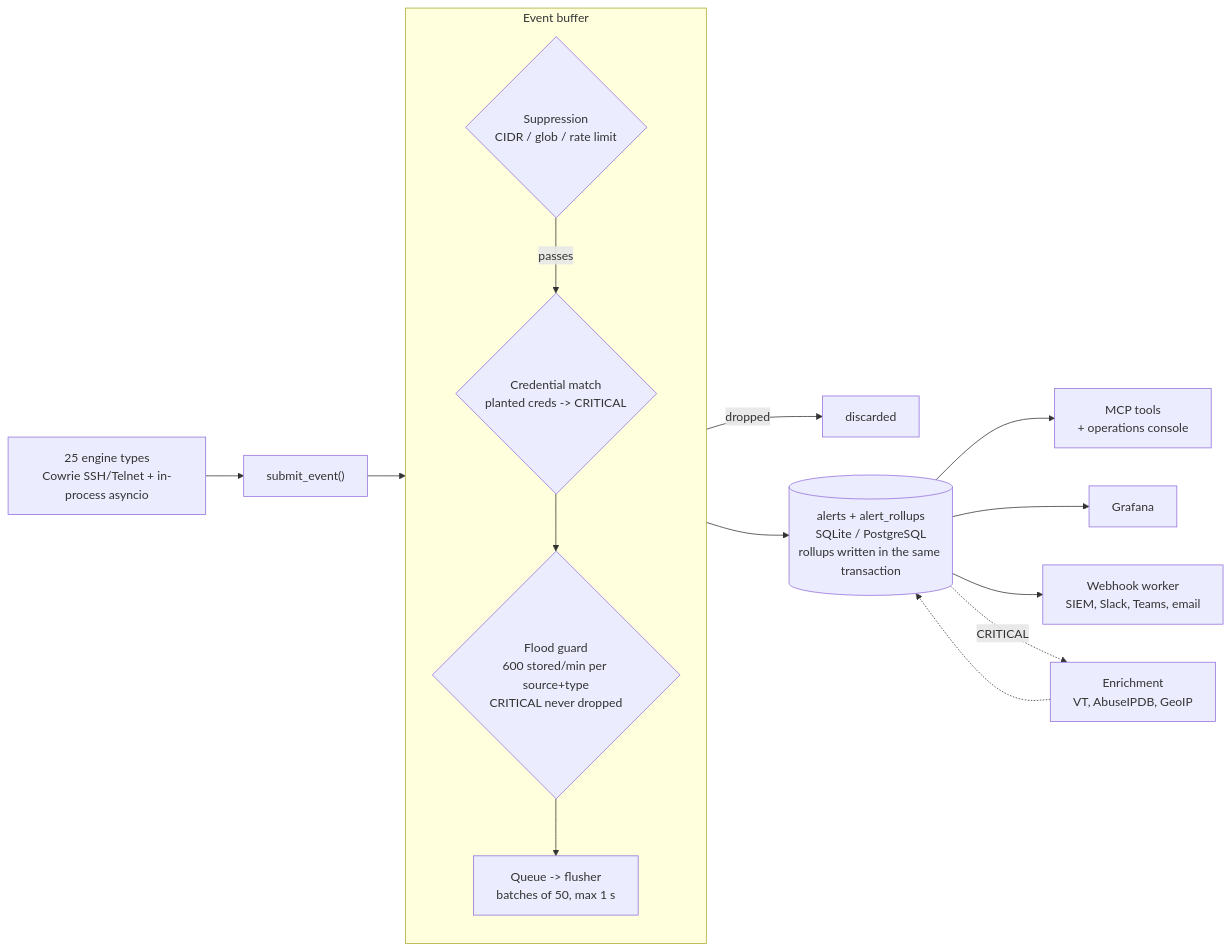
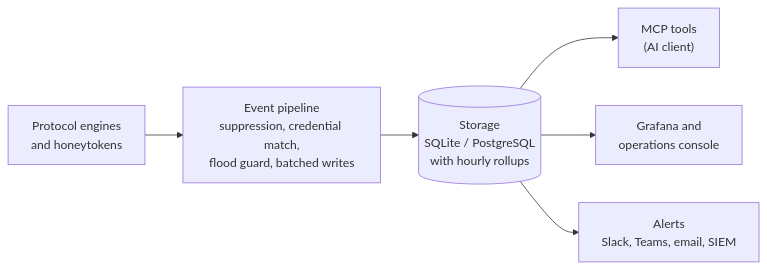
Before and after one commit to tohudgins/HoneyPot-MCP: the diagram in README.md, drawn with Mermaid. The commit also changed other lines of this file and 39 other files, not shown here.

````diff
--- a/README.md
+++ b/README.md
@@ -42,17 +36,8 @@
 ```mermaid
 flowchart LR
-    ENG["25 engine types<br/>Cowrie SSH/Telnet + in-process asyncio"] --> SUB["submit_event()"]
-    subgraph BUF["Event buffer"]
-        direction TB
-        SUP{"Suppression<br/>CIDR / glob / rate limit"} -->|passes| CM{"Credential match<br/>planted creds -> CRITICAL"}
-        CM --> FG{"Flood guard<br/>600 stored/min per source+type<br/>CRITICAL never dropped"}
-        FG --> Q["Queue -> flusher<br/>batches of 50, max 1 s"]
-    end
-    SUB --> SUP
-    SUP -->|dropped| X["discarded"]
-    Q --> DB[("alerts + alert_rollups<br/>SQLite / PostgreSQL<br/>rollups written in the same transaction")]
-    DB --> MCP["MCP tools<br/>+ operations console"]
-    DB --> GF["Grafana"]
-    DB --> WH["Webhook worker<br/>SIEM, Slack, Teams, email"]
-    DB -.->|CRITICAL| ENR["Enrichment<br/>VT, AbuseIPDB, GeoIP"] -.-> DB
+    ENG["Protocol engines<br/>and honeytokens"] --> PIPE["Event pipeline<br/>suppression, credential match,<br/>flood guard, batched writes"]
+    PIPE --> DB[("Storage<br/>SQLite / PostgreSQL<br/>with hourly rollups")]
+    DB --> MCP["MCP tools<br/>(AI client)"]
+    DB --> DASH["Grafana and<br/>operations console"]
+    DB --> ALERT["Alerts<br/>Slack, Teams, email, SIEM"]
 ```
````
